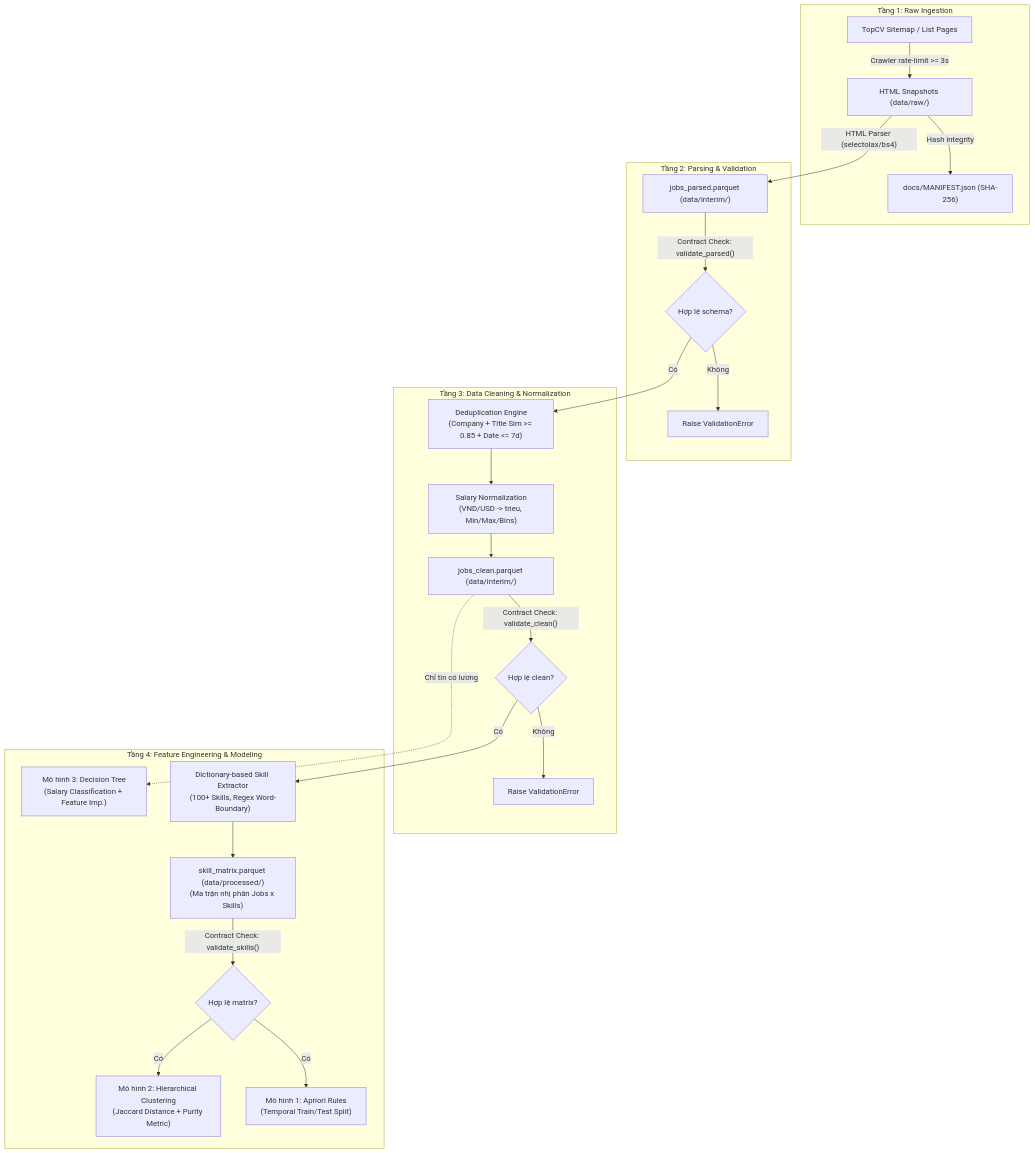
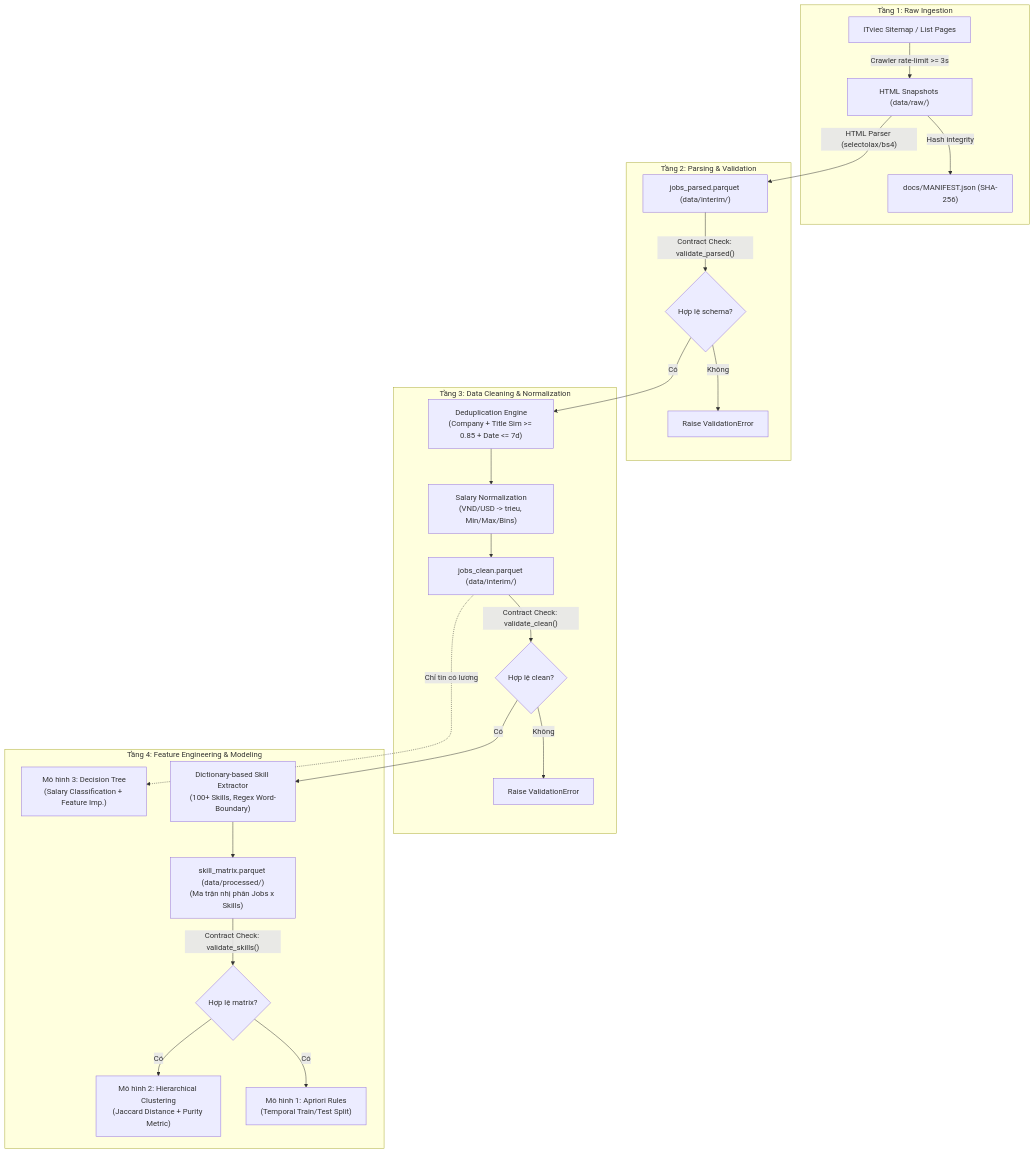
Before and after one commit to dogtoro/Labor-Market-Intelligence: the diagram in README.md, drawn with Mermaid. The commit also changed other lines of this file and 5 other files, not shown here.

First line of the commit message:
docs: pivot data source from TopCV to ITviec (Cloudflare block)

````diff
--- a/README.md
+++ b/README.md
@@ -69,31 +71,31 @@
 ```mermaid
 flowchart TD
     subgraph L1["Tầng 1: Raw Ingestion"]
-        Sitemap["TopCV Sitemap / List Pages"] -->|"Crawler rate-limit >= 3s"| RawHTML["HTML Snapshots (data/raw/)"]
+        Sitemap["ITviec Sitemap / List Pages"] -->|"Crawler rate-limit >= 3s"| RawHTML["HTML Snapshots (data/raw/)"]
         RawHTML -->|"Hash integrity"| Manifest["docs/MANIFEST.json (SHA-256)"]
     end
 
     subgraph L2["Tầng 2: Parsing & Validation"]
         RawHTML -->|"HTML Parser (selectolax/bs4)"| ParsedDF["jobs_parsed.parquet (data/interim/)"]
         ParsedDF -->|"Contract Check: validate_parsed()"| V1{"Hợp lệ schema?"}
         V1 -->|"Không"| Alert1["Raise ValidationError"]
     end
 
     subgraph L3["Tầng 3: Data Cleaning & Normalization"]
         V1 -->|"Có"| Dedup["Deduplication Engine<br/>(Company + Title Sim >= 0.85 + Date <= 7d)"]
         Dedup --> SalaryParser["Salary Normalization<br/>(VND/USD -> trieu, Min/Max/Bins)"]
         SalaryParser --> CleanDF["jobs_clean.parquet (data/interim/)"]
         CleanDF -->|"Contract Check: validate_clean()"| V2{"Hợp lệ clean?"}
         V2 -->|"Không"| Alert2["Raise ValidationError"]
     end
 
     subgraph L4["Tầng 4: Feature Engineering & Modeling"]
         V2 -->|"Có"| SkillExtractor["Dictionary-based Skill Extractor<br/>(100+ Skills, Regex Word-Boundary)"]
         SkillExtractor --> SkillMatrix["skill_matrix.parquet (data/processed/)<br/>(Ma trận nhị phân Jobs x Skills)"]
         SkillMatrix -->|"Contract Check: validate_skills()"| V3{"Hợp lệ matrix?"}
         
         V3 -->|"Có"| M1["Mô hình 1: Apriori Rules<br/>(Temporal Train/Test Split)"]
         V3 -->|"Có"| M2["Mô hình 2: Hierarchical Clustering<br/>(Jaccard Distance + Purity Metric)"]
         CleanDF -.->|"Chỉ tin có lương"| M3["Mô hình 3: Decision Tree<br/>(Salary Classification + Feature Imp.)"]
     end
 ```
````
